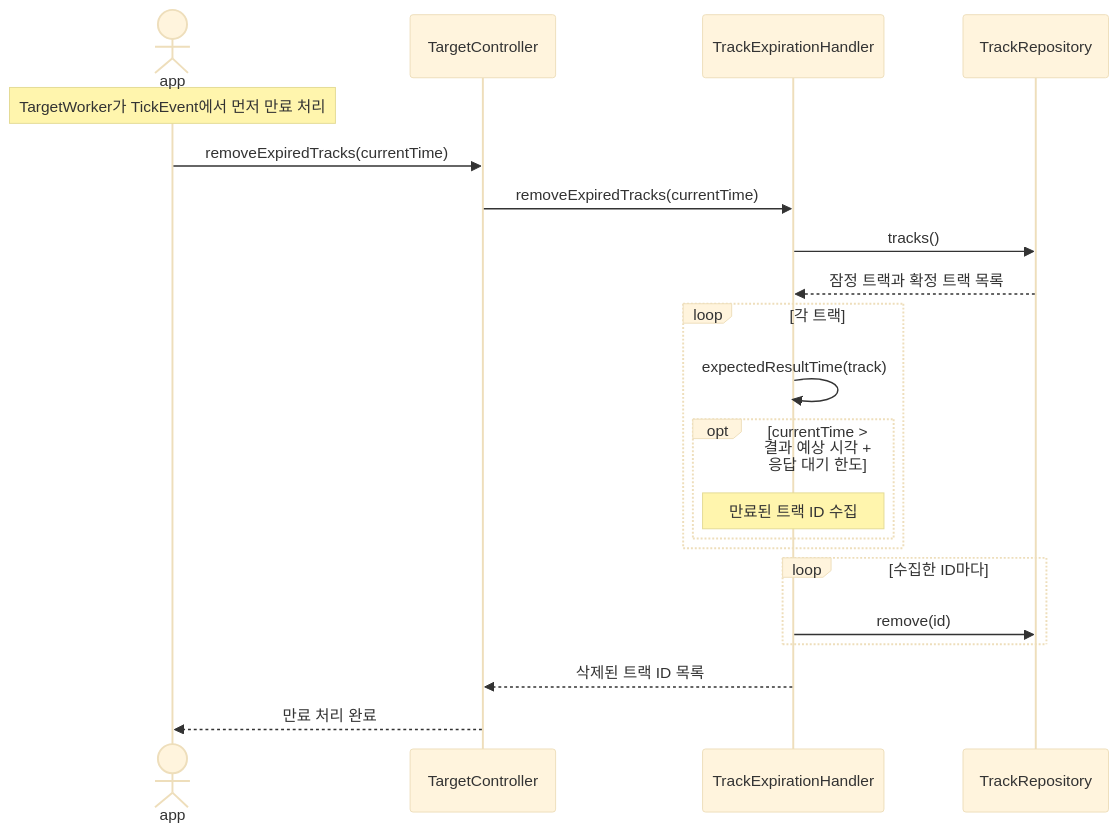
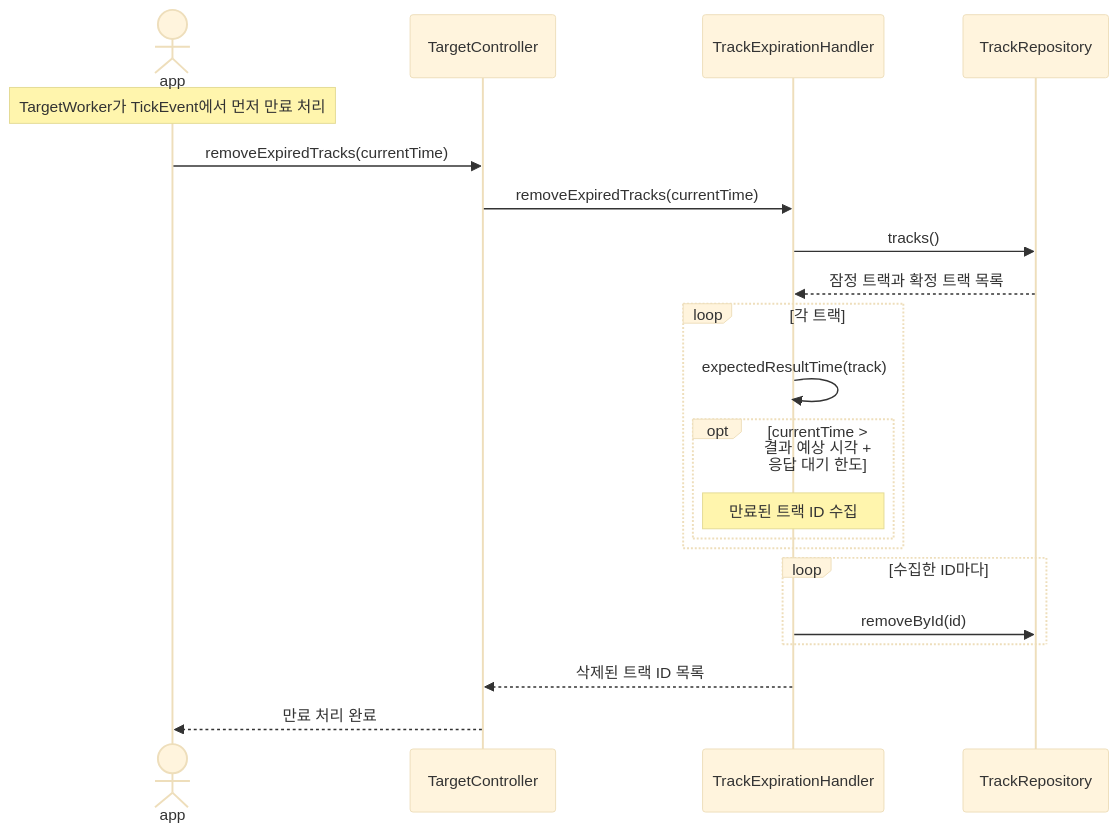
One commit to AESAlien/aesa-processor changed the seventh of 8 diagrams in src/target/README.md. Above: the diagram before and after it, drawn with Mermaid (base theme). The commit also changed other lines of this file and 10 other files, not shown here.

````diff
--- a/src/target/README.md
+++ b/src/target/README.md
@@ -270,24 +270,24 @@
 ```mermaid
 sequenceDiagram
     actor app
     participant TargetController
     participant TrackExpirationHandler
     participant TrackRepository
 
     Note over app: TargetWorker가 TickEvent에서 먼저 만료 처리
     app->>TargetController: removeExpiredTracks(currentTime)
     TargetController->>TrackExpirationHandler: removeExpiredTracks(currentTime)
     TrackExpirationHandler->>TrackRepository: tracks()
     TrackRepository-->>TrackExpirationHandler: 잠정 트랙과 확정 트랙 목록
     loop 각 트랙
         TrackExpirationHandler->>TrackExpirationHandler: expectedResultTime(track)
         opt currentTime > 결과 예상 시각 + 응답 대기 한도
             Note over TrackExpirationHandler: 만료된 트랙 ID 수집
         end
     end
     loop 수집한 ID마다
-        TrackExpirationHandler->>TrackRepository: remove(id)
+        TrackExpirationHandler->>TrackRepository: removeById(id)
     end
     TrackExpirationHandler-->>TargetController: 삭제된 트랙 ID 목록
     TargetController-->>app: 만료 처리 완료
 ```
````
